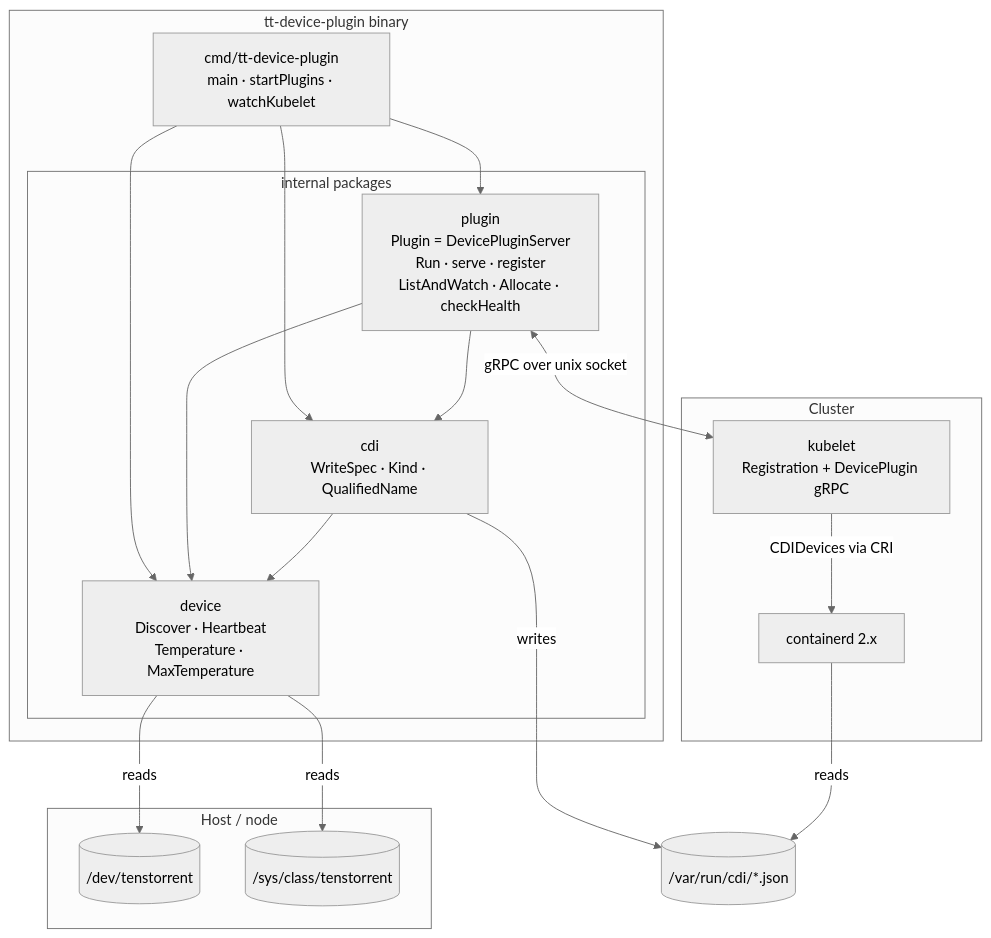
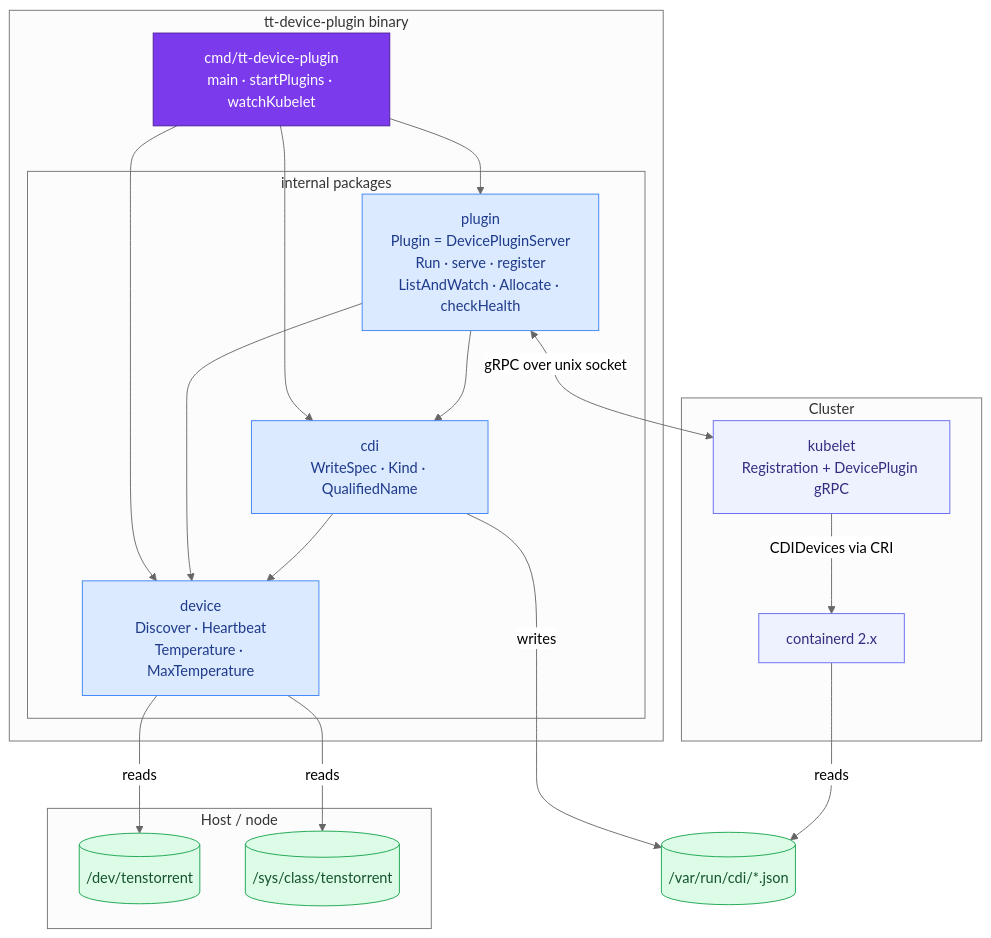
One commit to guhaneswaran/tt-k8s-device-plugin changed the first of 7 diagrams in CONTROL_FLOW.md. Above: the diagram before and after it, drawn with Mermaid (neutral theme). The commit also changed other lines of this file and 1 other file, not shown here.

First line of the commit message:
Enhance diagrams: styled sequence diagram + color-coded flowcharts

````diff
--- a/CONTROL_FLOW.md
+++ b/CONTROL_FLOW.md
@@ -15,37 +15,46 @@
 ```mermaid
 flowchart TB
   subgraph HOST["Host / node"]
     DEVFS[("/dev/tenstorrent")]
     SYSFS[("/sys/class/tenstorrent")]
   end
 
   subgraph BIN["tt-device-plugin binary"]
     MAIN["cmd/tt-device-plugin<br/>main · startPlugins · watchKubelet"]
     subgraph INT["internal packages"]
       DEV["device<br/>Discover · Heartbeat<br/>Temperature · MaxTemperature"]
       CDIP["cdi<br/>WriteSpec · Kind · QualifiedName"]
       PLG["plugin<br/>Plugin = DevicePluginServer<br/>Run · serve · register<br/>ListAndWatch · Allocate · checkHealth"]
     end
   end
 
   subgraph K8S["Cluster"]
     KUBELET["kubelet<br/>Registration + DevicePlugin gRPC"]
     RT["containerd 2.x"]
   end
 
   CDISPEC[("/var/run/cdi/*.json")]
 
   MAIN --> DEV
   MAIN --> CDIP
   MAIN --> PLG
   PLG --> DEV
   PLG --> CDIP
   CDIP --> DEV
 
   DEV -->|reads| DEVFS
   DEV -->|reads| SYSFS
   CDIP -->|writes| CDISPEC
   PLG <-->|"gRPC over unix socket"| KUBELET
   KUBELET -->|CDIDevices via CRI| RT
   RT -->|reads| CDISPEC
+
+  classDef entry fill:#7c3aed,color:#fff,stroke:#4c1d95;
+  classDef proc fill:#dbeafe,stroke:#3b82f6,color:#1e3a8a;
+  classDef good fill:#dcfce7,stroke:#16a34a,color:#14532d;
+  classDef ext fill:#eef2ff,stroke:#6366f1,color:#312e81;
+  class MAIN entry;
+  class DEV,CDIP,PLG proc;
+  class DEVFS,SYSFS,CDISPEC good;
+  class KUBELET,RT ext;
 ```
````
